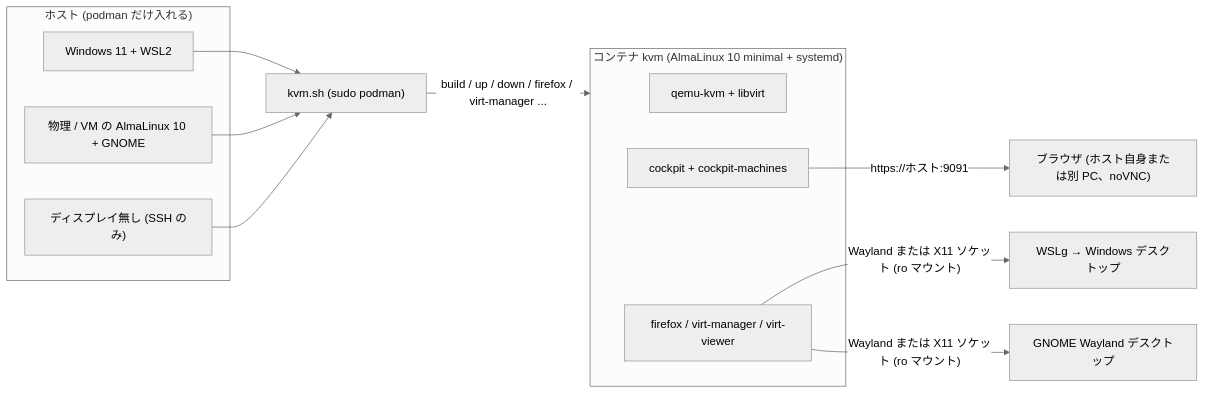
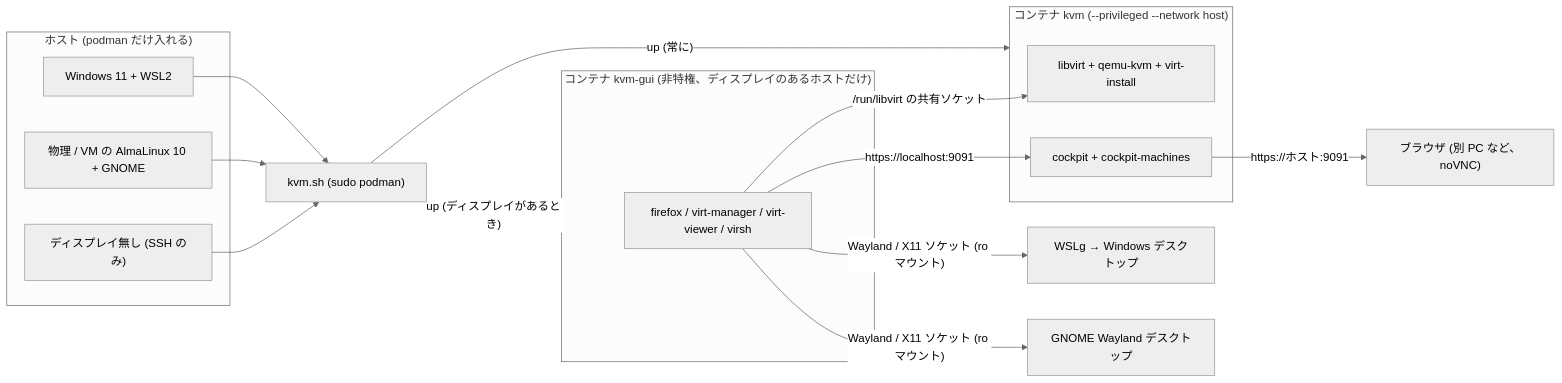
Before and after one commit to ryo-aoki-pc/kvm-container: the first of 22 diagrams in docs/SPEC.md, drawn with Mermaid (neutral theme). The commit also changed other lines of this file, not shown here.

First line of the commit message:
docs/SPEC.md を 2 コンテナ構成 (kvm + kvm-gui) に合わせて全面更新する

````diff
--- a/docs/SPEC.md
+++ b/docs/SPEC.md
@@ -36,21 +43,26 @@
 ```mermaid
 flowchart LR
   subgraph hosts ["ホスト (podman だけ入れる)"]
     wsl["Windows 11 + WSL2"]
     gnome["物理 / VM の AlmaLinux 10 + GNOME"]
     headless["ディスプレイ無し (SSH のみ)"]
   end
   sh["kvm.sh (sudo podman)"]
-  subgraph c ["コンテナ kvm (AlmaLinux 10 minimal + systemd)"]
-    qemu["qemu-kvm + libvirt"]
+  subgraph kvm ["コンテナ kvm (--privileged --network host)"]
+    qemu["libvirt + qemu-kvm + virt-install"]
     cockpit["cockpit + cockpit-machines"]
-    apps["firefox / virt-manager / virt-viewer"]
+  end
+  subgraph gui ["コンテナ kvm-gui (非特権、ディスプレイのあるホストだけ)"]
+    apps["firefox / virt-manager / virt-viewer / virsh"]
   end
   wsl --> sh
   gnome --> sh
   headless --> sh
-  sh -->|"build / up / down / firefox / virt-manager ..."| c
-  apps -->|"Wayland または X11 ソケット (ro マウント)"| wslg["WSLg → Windows デスクトップ"]
-  apps -->|"Wayland または X11 ソケット (ro マウント)"| gd["GNOME Wayland デスクトップ"]
-  cockpit -->|"https://ホスト:9091"| browser["ブラウザ (ホスト自身または別 PC、noVNC)"]
+  sh -->|"up (常に)"| kvm
+  sh -->|"up (ディスプレイがあるとき)"| gui
+  apps -->|"/run/libvirt の共有ソケット"| qemu
+  apps -->|"https://localhost:9091"| cockpit
+  apps -->|"Wayland / X11 ソケット (ro マウント)"| wslg["WSLg → Windows デスクトップ"]
+  apps -->|"Wayland / X11 ソケット (ro マウント)"| gd["GNOME Wayland デスクトップ"]
+  cockpit -->|"https://ホスト:9091"| browser["ブラウザ (別 PC など、noVNC)"]
 ```
````
